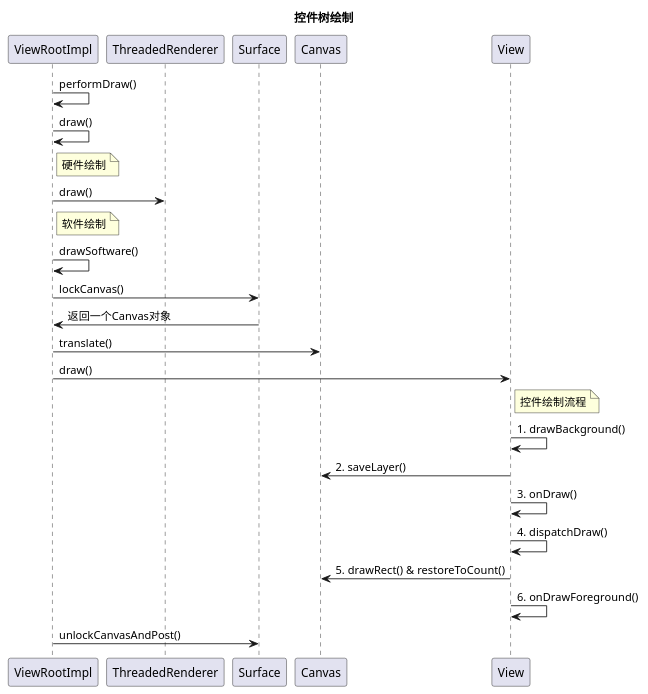
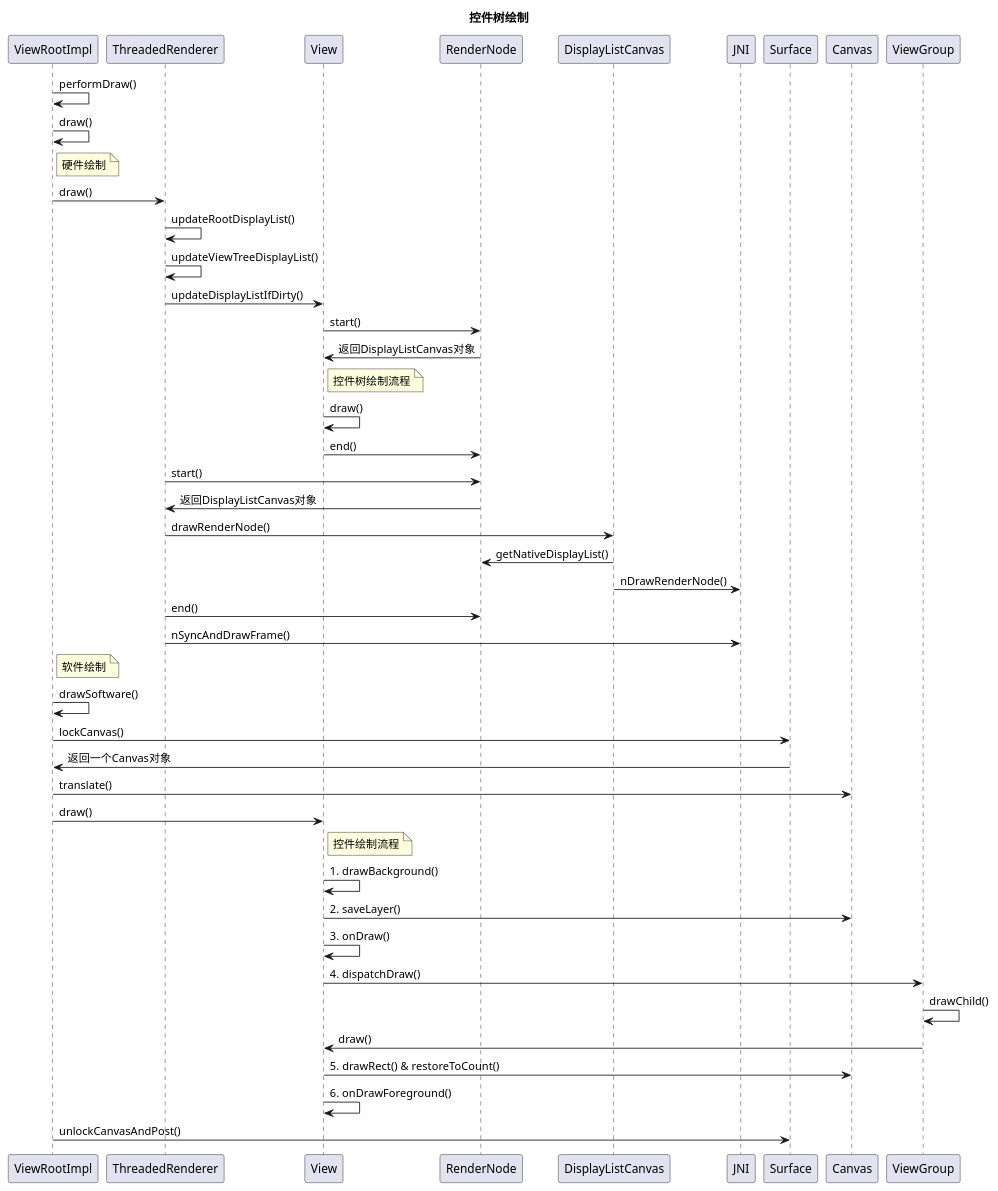
One commit to createtoohard/view changed the diagram in 控件树的绘制.md. Above: the diagram before and after it, drawn with PlantUML. The commit also changed other lines of this file, not shown here.

Commit message:
append view tree draw

````diff
--- a/控件树的绘制.md
+++ b/控件树的绘制.md
@@ -61,26 +61,49 @@
 ```puml
 Title : 控件树绘制
 ViewRootImpl -> ViewRootImpl : performDraw()
 ViewRootImpl -> ViewRootImpl : draw()
+
+
 Note right of ViewRootImpl : 硬件绘制
 ViewRootImpl -> ThreadedRenderer : draw()
+ThreadedRenderer -> ThreadedRenderer : updateRootDisplayList()
+ThreadedRenderer -> ThreadedRenderer : updateViewTreeDisplayList()
+
+ThreadedRenderer -> View : updateDisplayListIfDirty()
+View -> RenderNode : start()
+RenderNode -> View : 返回DisplayListCanvas对象
+Note right of View : 控件树绘制流程
+View -> View : draw()
+View -> RenderNode : end()
+
+ThreadedRenderer -> RenderNode : start()
+RenderNode -> ThreadedRenderer : 返回DisplayListCanvas对象
+ThreadedRenderer -> DisplayListCanvas : drawRenderNode()
+DisplayListCanvas -> RenderNode : getNativeDisplayList()
+DisplayListCanvas -> JNI : nDrawRenderNode()
+ThreadedRenderer -> RenderNode : end()
+
+
+ThreadedRenderer -> JNI : nSyncAndDrawFrame()
 
 Note right of ViewRootImpl : 软件绘制
 ViewRootImpl -> ViewRootImpl : drawSoftware()
 ViewRootImpl -> Surface : lockCanvas()
 Surface -> ViewRootImpl : 返回一个Canvas对象
 ViewRootImpl -> Canvas : translate()
 ViewRootImpl -> View : draw()
 Note right of View : 控件绘制流程
 View -> View : 1. drawBackground()
 View -> Canvas : 2. saveLayer()
 View -> View : 3. onDraw()
-View -> View : 4. dispatchDraw()
+View -> ViewGroup : 4. dispatchDraw()
+ViewGroup -> ViewGroup : drawChild()
+ViewGroup -> View : draw()
 View -> Canvas : 5. drawRect() & restoreToCount()
 View -> View : 6. onDrawForeground()
 
 ViewRootImpl -> Surface : unlockCanvasAndPost()
 
 
 
 ```
````
